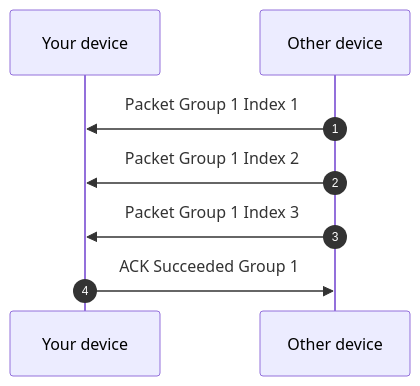
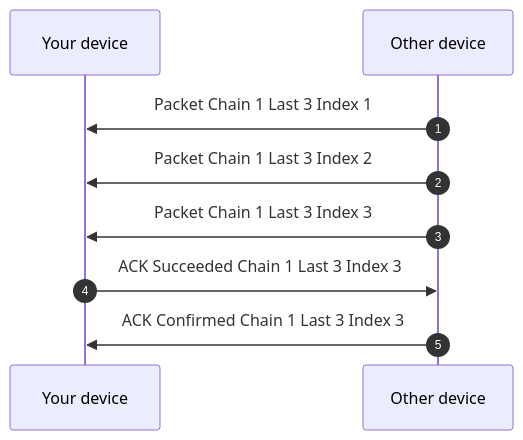
One commit to 4surix/honeybee changed the second of 3 diagrams in mechanisms/ACKNOWLEDGEMENT.md. Above: the diagram before and after it, drawn with Mermaid. The commit also changed other lines of this file and 8 other files, not shown here.

````diff
--- a/mechanisms/ACKNOWLEDGEMENT.md
+++ b/mechanisms/ACKNOWLEDGEMENT.md
@@ -97,11 +92,12 @@
 ```mermaid
 sequenceDiagram
     autonumber
     participant DeviceX as Your device
     participant DeviceN as Other device
 
-    DeviceN ->> DeviceX: Packet Group 1 Index 1
-    DeviceN ->> DeviceX: Packet Group 1 Index 2
-    DeviceN ->> DeviceX: Packet Group 1 Index 3
-    DeviceX ->> DeviceN: ACK Succeeded Group 1
+    DeviceN ->> DeviceX: Packet Chain 1 Last 3 Index 1
+    DeviceN ->> DeviceX: Packet Chain 1 Last 3 Index 2
+    DeviceN ->> DeviceX: Packet Chain 1 Last 3 Index 3
+    DeviceX ->> DeviceN: ACK Succeeded Chain 1 Last 3 Index 3
+    DeviceN ->> DeviceX: ACK Confirmed Chain 1 Last 3 Index 3
 ```
````
